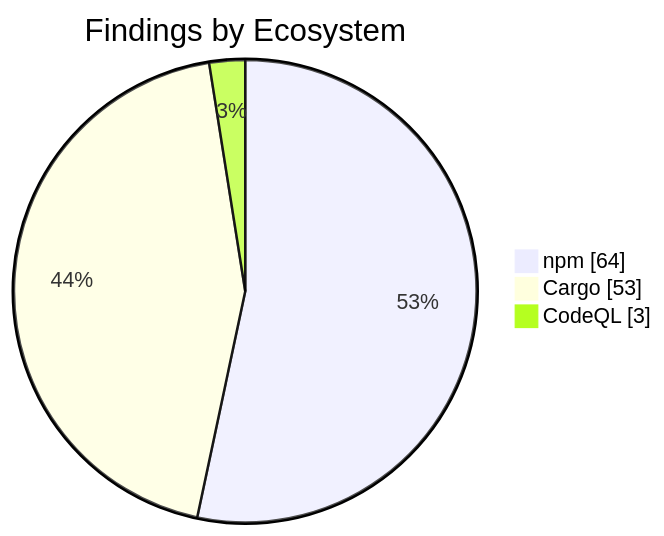
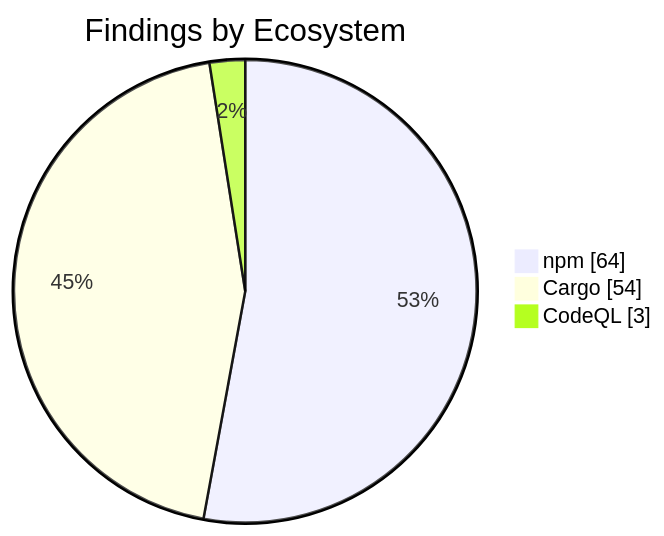
The second of 2 diagrams in apps/kbve/astro-kbve/src/content/docs/dashboard/security.mdx (KBVE/kbve), drawn with Mermaid before and after one commit. The commit also changed other lines of this file and 8 other files, not shown here.

````diff
--- a/apps/kbve/astro-kbve/src/content/docs/dashboard/security.mdx
+++ b/apps/kbve/astro-kbve/src/content/docs/dashboard/security.mdx
@@ -73,7 +73,7 @@
 ```mermaid
 pie showData
     title Findings by Ecosystem
     "npm" : 64
-    "Cargo" : 53
+    "Cargo" : 54
     "CodeQL" : 3
 ```
````
